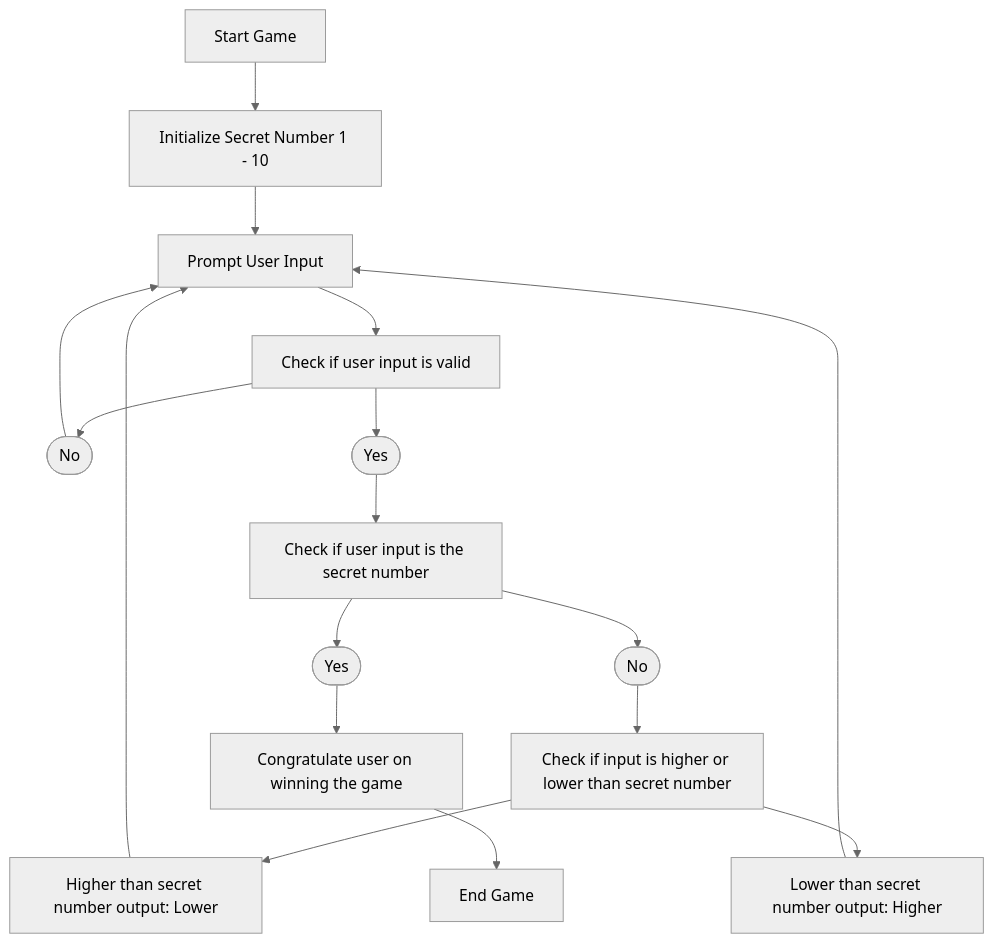
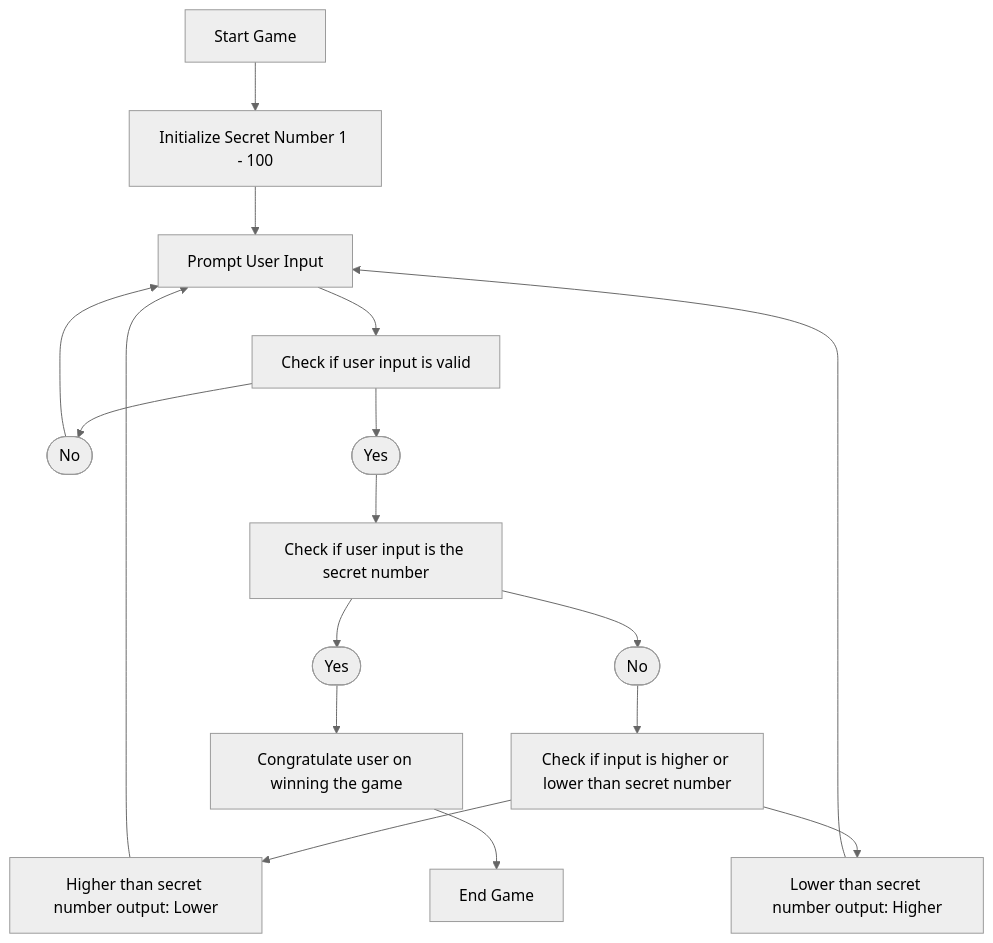
Before and after one commit to kksallie/kksallie.github.io: the diagram in guessing.md, drawn with Mermaid (neutral theme). The commit also changed other lines of this file, not shown here.

````diff
--- a/guessing.md
+++ b/guessing.md
@@ -2,20 +2,20 @@
 ```mermaid  
 flowchart TD  
-A[Start Game] --> B[Initialize Secret Number 1 - 10]
+A[Start Game] --> B[Initialize Secret Number 1 - 100]
 B --> C[Prompt User Input]
 C --> D[Check if user input is valid]  
 D --> E([No])
 E --> C
 D --> F([Yes])
 F --> G[Check if user input is the secret number]
 G --> H([No])
 H --> HH[Check if input is higher or lower than secret number]
 HH --> H1[Higher than secret number output: Lower]
 HH --> H2[Lower than secret number output: Higher]
 H1 --> C
 H2 --> C
 G --> I([Yes])
 I --> J[Congratulate user on winning the game]
 J --> K[End Game]
 
 ```
````
